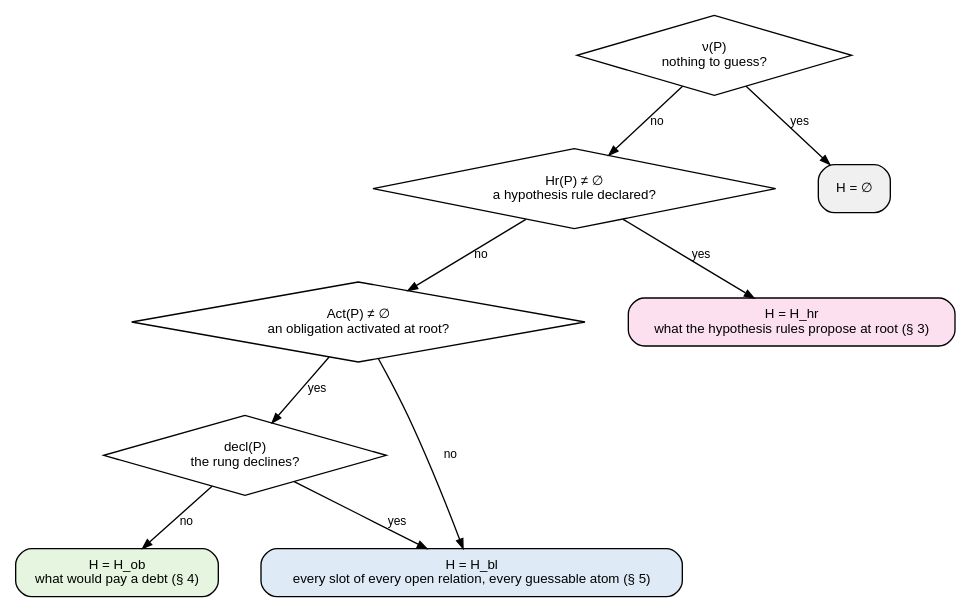
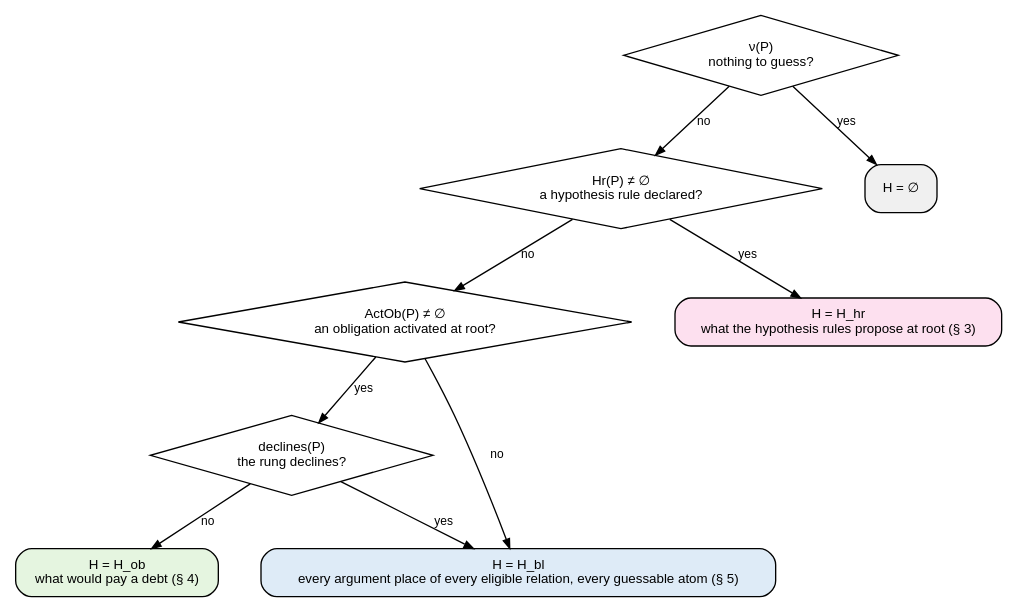
Before and after one commit to agutikov/ein: the diagram in docs/ein/reasoning/02-kb-evolution/diagrams/04-ladder.dot, drawn with Graphviz. The commit also changed 23 other files, not shown here.

```diff
--- a/docs/ein/reasoning/02-kb-evolution/diagrams/04-ladder.dot
+++ b/docs/ein/reasoning/02-kb-evolution/diagrams/04-ladder.dot
@@ -1,21 +1,21 @@
 digraph ladder {
   graph [rankdir=TB, nodesep=0.45, ranksep=0.4, fontname="Helvetica", fontsize=10];
   node [fontname="Helvetica", fontsize=10];
   edge [fontname="Helvetica", fontsize=9, arrowsize=0.7];
   nu [shape=diamond, label="ν(P)\nnothing to guess?"];
   hr [shape=diamond, label="Hr(P) ≠ ∅\na hypothesis rule declared?"];
-  act [shape=diamond, label="Act(P) ≠ ∅\nan obligation activated at root?"];
-  decl [shape=diamond, label="decl(P)\nthe rung declines?"];
+  act [shape=diamond, label="ActOb(P) ≠ ∅\nan obligation activated at root?"];
+  decl [shape=diamond, label="declines(P)\nthe rung declines?"];
   e [shape=box, style="rounded,filled", fillcolor="#f0f0f0", label="H = ∅"];
   hhr [shape=box, style="rounded,filled", fillcolor="#fde0ef", label="H = H_hr\nwhat the hypothesis rules propose at root (§ 3)"];
   hob [shape=box, style="rounded,filled", fillcolor="#e5f5e0", label="H = H_ob\nwhat would pay a debt (§ 4)"];
-  hbl [shape=box, style="rounded,filled", fillcolor="#deebf7", label="H = H_bl\nevery slot of every open relation, every guessable atom (§ 5)"];
+  hbl [shape=box, style="rounded,filled", fillcolor="#deebf7", label="H = H_bl\nevery argument place of every eligible relation, every guessable atom (§ 5)"];
   nu -> e [label="yes"];
   nu -> hr [label="no"];
   hr -> hhr [label="yes"];
   hr -> act [label="no"];
   act -> decl [label="yes"];
   act -> hbl [label="no"];
   decl -> hbl [label="yes"];
   decl -> hob [label="no"];
 }
```
